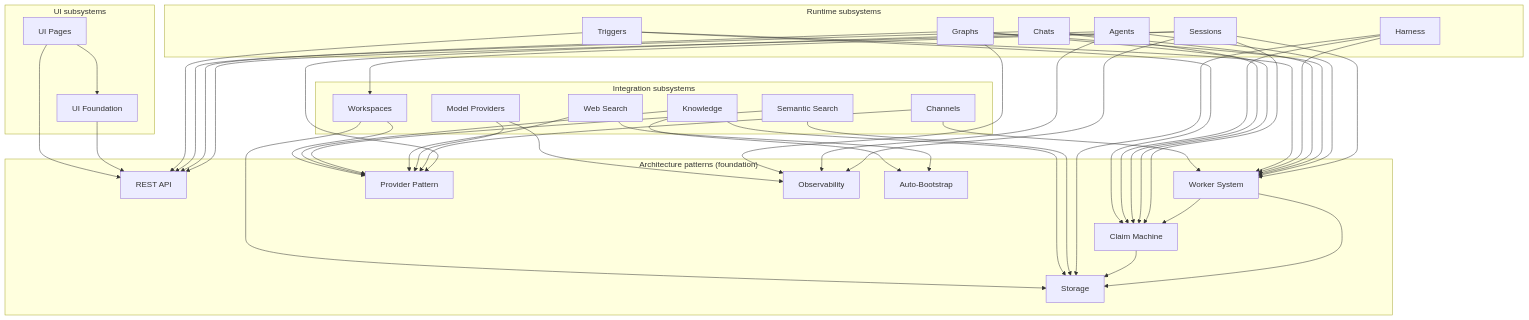
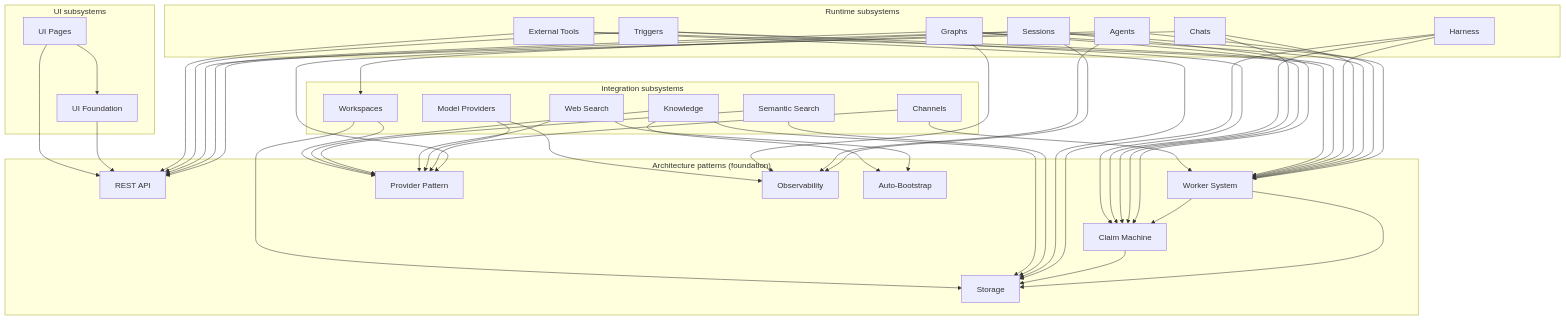
Before and after one commit to primerhq/primer: the diagram in docs/dev/README.md, drawn with Mermaid. The commit also changed other lines of this file and 6 other files, not shown here.

Commit message:
docs(dev): external-tools subsystem doc and cross-references

```diff
--- a/docs/dev/README.md
+++ b/docs/dev/README.md
@@ -39,6 +39,7 @@
         chats[Chats]
         harness[Harness]
         triggers[Triggers]
+        exttools[External Tools]
     end
 
     subgraph Integration["Integration subsystems"]
@@ -86,6 +87,10 @@
     triggers --> worker
     triggers --> rest
 
+    exttools --> worker
+    exttools --> storage
+    exttools --> rest
+
     channels --> provider
     channels --> worker
 
```
